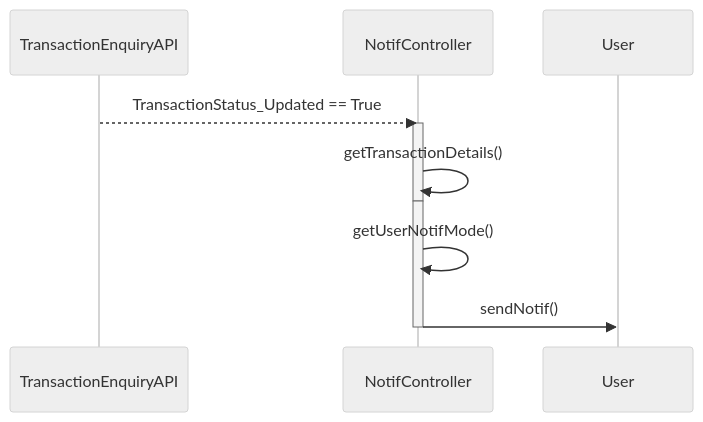
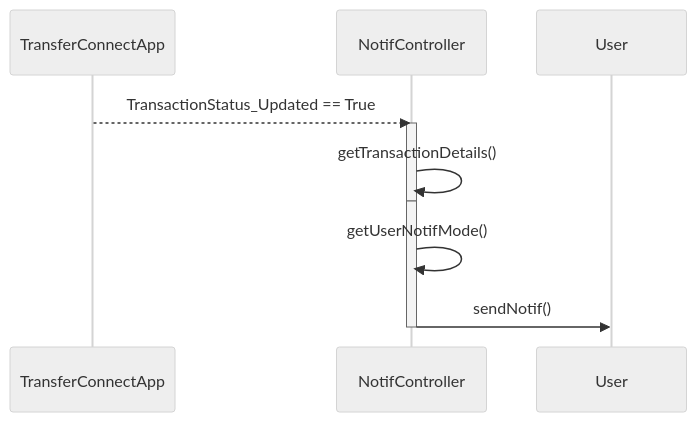
Diagram 15 of 16 in UML Class Diagrams/mvcClass.md (Sean2309/50.003_ESC_Project), drawn with Mermaid (neutral theme) before and after one commit. The commit also changed other lines of this file, not shown here.

Commit message:
fix: changes to sequence diagrams

````diff
--- a/UML Class Diagrams/mvcClass.md
+++ b/UML Class Diagrams/mvcClass.md
@@ -542,13 +542,13 @@
 ```mermaid
 sequenceDiagram
-    TransactionEnquiryAPI -->> NotifController: TransactionStatus_Updated == True
+    TransferConnectApp -->> NotifController: TransactionStatus_Updated == True
     activate NotifController
     NotifController ->> NotifController:getTransactionDetails()
     deactivate NotifController
     
     activate NotifController
     NotifController ->> NotifController:getUserNotifMode()
     NotifController ->> User: sendNotif()
     deactivate NotifController
 
 ```
````
